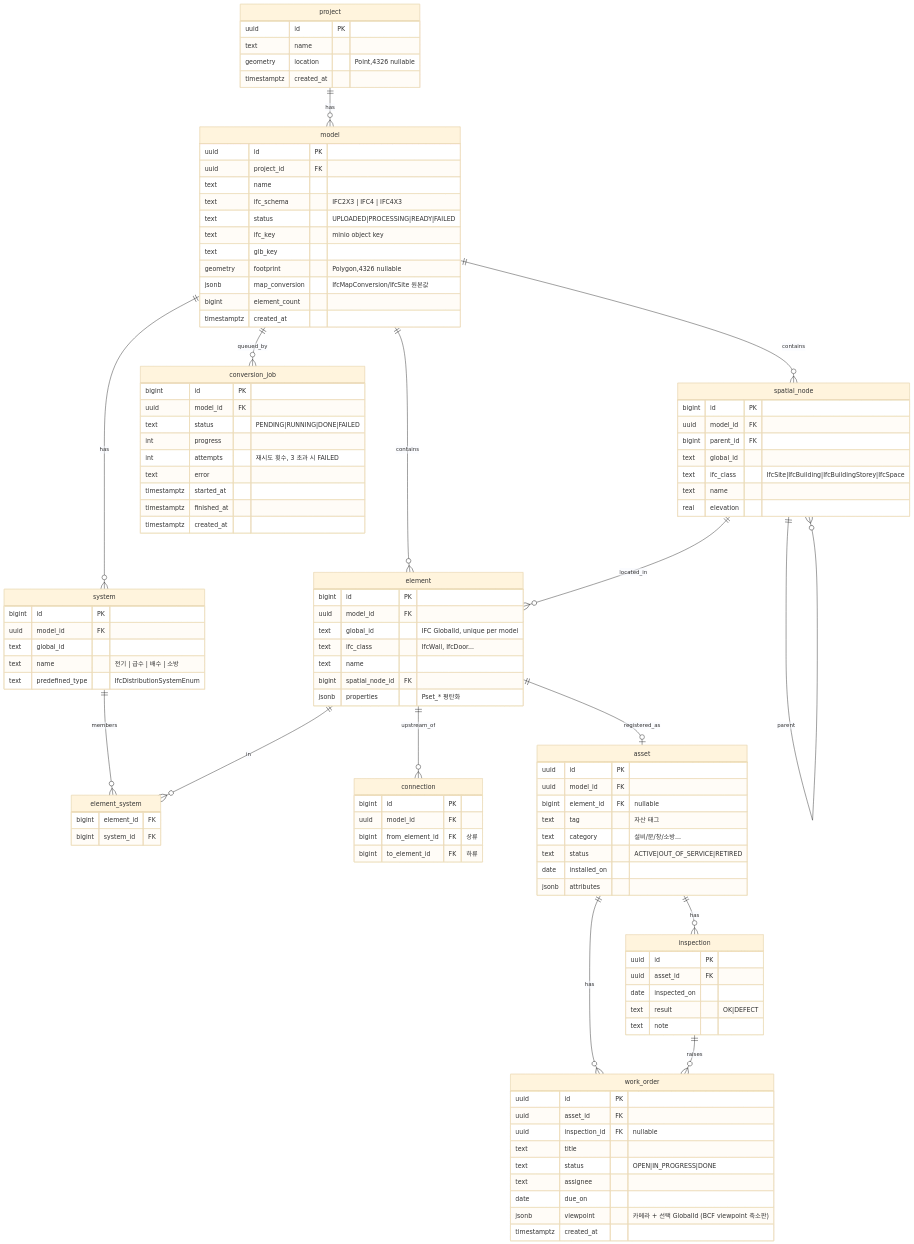
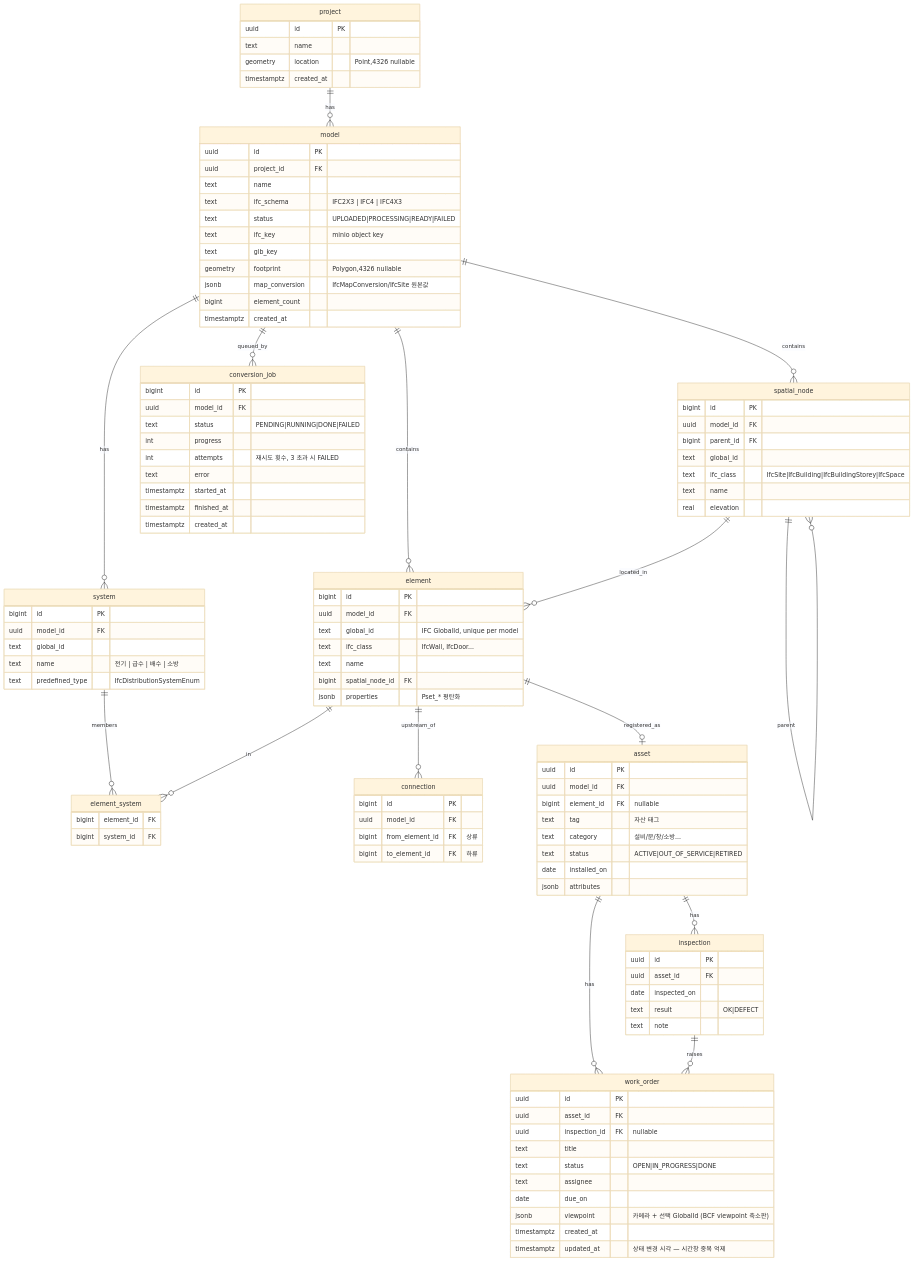
Before and after one commit to Gun-stack/bim-platform: the diagram in docs/02-data-model.md, drawn with Mermaid (base theme). The commit also changed 5 other files, not shown here.

````diff
--- a/docs/02-data-model.md
+++ b/docs/02-data-model.md
@@ -109,5 +109,6 @@
     date due_on
     jsonb viewpoint "카메라 + 선택 GlobalId (BCF viewpoint 축소판)"
     timestamptz created_at
+    timestamptz updated_at "상태 변경 시각 — 시간창 중복 억제"
   }
 ```
````
